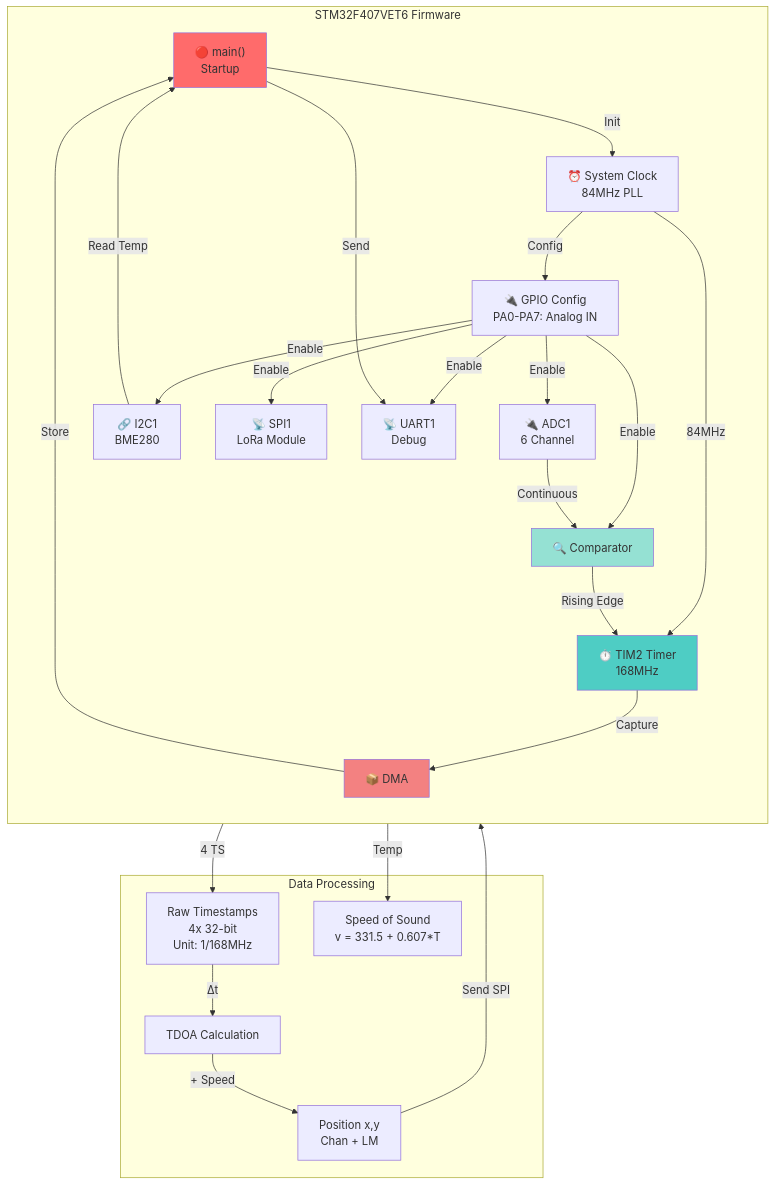
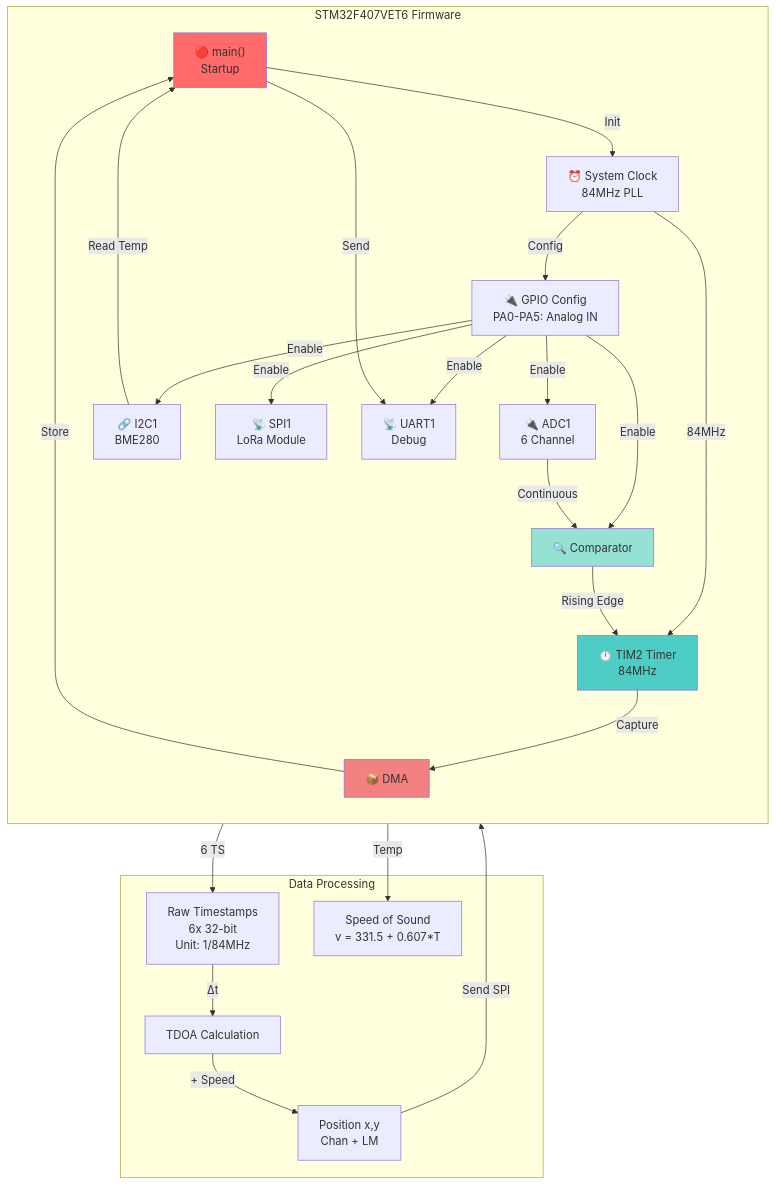
Before and after one commit to Dunghero1412/HTTDTD_v3.1: the third of 14 diagrams in docs/MERMAID.md, drawn with Mermaid. The commit also changed other lines of this file, not shown here.

Commit message:
Update MERMAID.md: 6 sensors (A-F) and 84MHz timer

````diff
--- a/docs/MERMAID.md
+++ b/docs/MERMAID.md
@@ -122,52 +122,52 @@
 ```mermaid
 graph TB
     subgraph "STM32F407VET6 Firmware"
         direction TB
         
         MAIN["🔴 main()<br/>Startup"]
         SYSCLOCK["⏰ System Clock<br/>84MHz PLL"]
-        GPIO["🔌 GPIO Config<br/>PA0-PA7: Analog IN"]
+        GPIO["🔌 GPIO Config<br/>PA0-PA5: Analog IN"]
         I2C["🔗 I2C1<br/>BME280"]
         SPI["📡 SPI1<br/>LoRa Module"]
-        TIMER["⏱️ TIM2 Timer<br/>168MHz"]
+        TIMER["⏱️ TIM2 Timer<br/>84MHz"]
         ADC["🔌 ADC1<br/>6 Channel"]
         COMP["🔍 Comparator"]
         DMA["📦 DMA"]
         UART["📡 UART1<br/>Debug"]
         
         MAIN -->|"Init"| SYSCLOCK
         SYSCLOCK -->|"84MHz"| TIMER
         SYSCLOCK -->|"Config"| GPIO
         GPIO -->|"Enable"| ADC
         GPIO -->|"Enable"| I2C
         GPIO -->|"Enable"| SPI
         GPIO -->|"Enable"| COMP
         GPIO -->|"Enable"| UART
         
         ADC -->|"Continuous"| COMP
         COMP -->|"Rising Edge"| TIMER
         TIMER -->|"Capture"| DMA
         DMA -->|"Store"| MAIN
         
         I2C -->|"Read Temp"| MAIN
         MAIN -->|"Send"| UART
     end
     
     subgraph "Data Processing"
-        RAWDATA["Raw Timestamps<br/>4x 32-bit<br/>Unit: 1/168MHz"]
+        RAWDATA["Raw Timestamps<br/>6x 32-bit<br/>Unit: 1/84MHz"]
         TDOA["TDOA Calculation"]
         SPEED["Speed of Sound<br/>v = 331.5 + 0.607*T"]
         POSITION["Position x,y<br/>Chan + LM"]
     end
     
-    DMA -->|"4 TS"| RAWDATA
+    DMA -->|"6 TS"| RAWDATA
     MAIN -->|"Temp"| SPEED
     RAWDATA -->|"Δt"| TDOA
     TDOA -->|"+ Speed"| POSITION
     POSITION -->|"Send SPI"| MAIN
     
     style MAIN fill:#ff6b6b
     style TIMER fill:#4ecdc4
     style COMP fill:#95e1d3
     style DMA fill:#f38181
 ```
````
